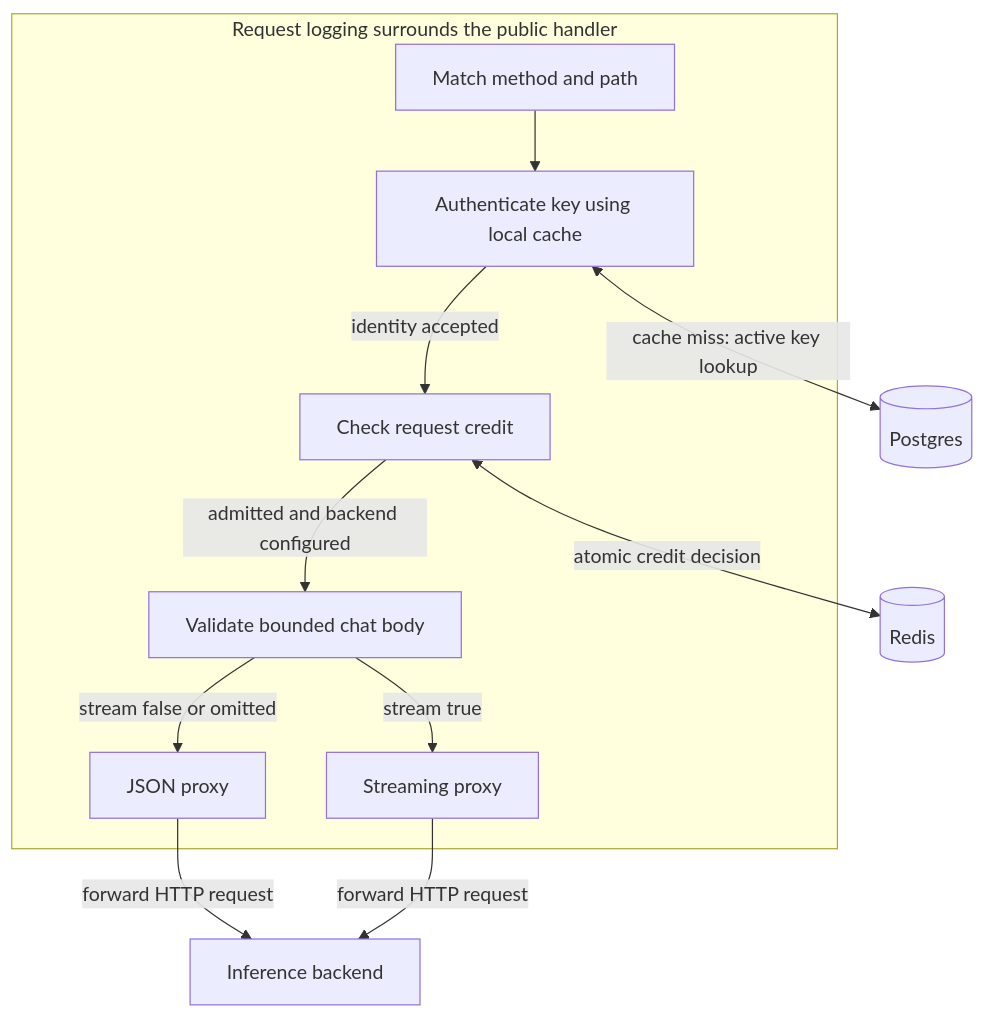
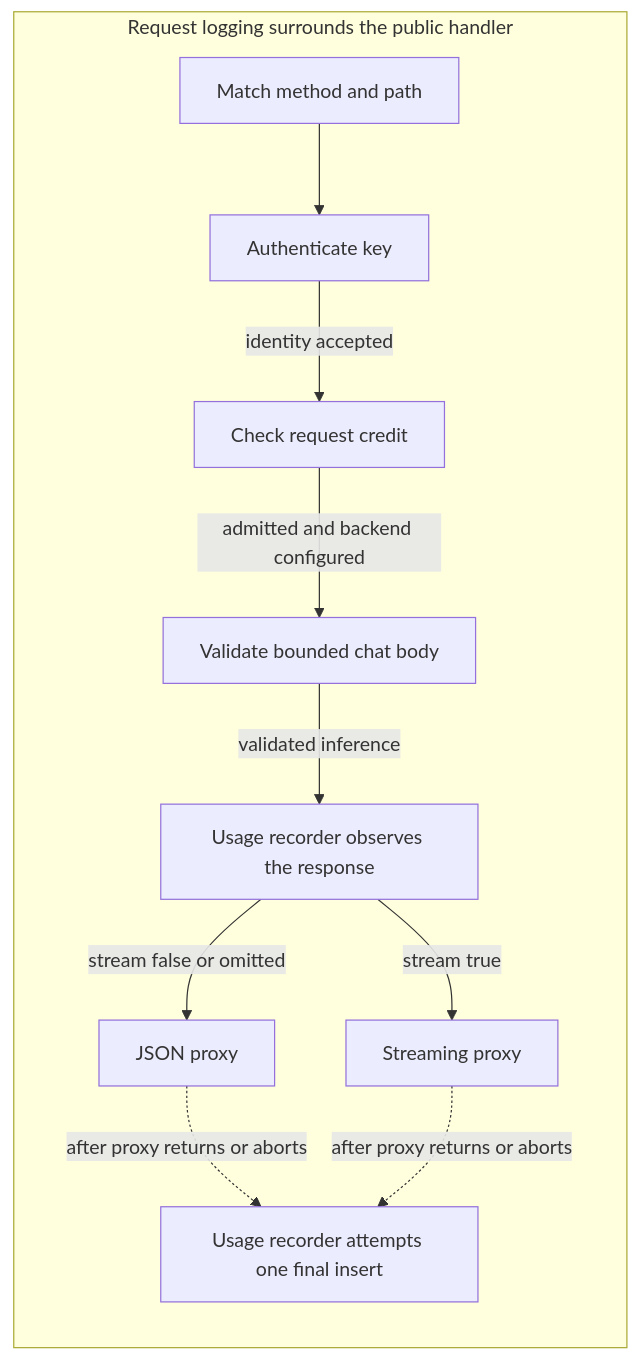
The diagram in docs/architecture.md (TheRealShek/llmgate), drawn with Mermaid before and after one commit. The commit also changed other lines of this file and 36 other files, not shown here.

First line of the commit message:
Record bounded inference usage in Postgres

````diff
--- a/docs/architecture.md
+++ b/docs/architecture.md
@@ -16,14 +17,14 @@
 ```mermaid
 flowchart TD
     subgraph Logged[Request logging surrounds the public handler]
-        Routes[Match method and path] --> Auth[Authenticate key using local cache]
+        direction TD
+        Routes[Match method and path] --> Auth[Authenticate key]
         Auth -->|identity accepted| Rate[Check request credit]
         Rate -->|admitted and backend configured| Chat[Validate bounded chat body]
-        Chat -->|stream false or omitted| JSON[JSON proxy]
-        Chat -->|stream true| SSE[Streaming proxy]
+        Chat -->|validated inference| Usage[Usage recorder observes the response]
+        Usage -->|stream false or omitted| JSON[JSON proxy]
+        Usage -->|stream true| SSE[Streaming proxy]
+        JSON -.->|after proxy returns or aborts| Finalize[Usage recorder attempts one final insert]
+        SSE -.->|after proxy returns or aborts| Finalize
     end
-    Auth <-->|cache miss: active key lookup| PG[(Postgres)]
-    Rate <-->|atomic credit decision| Redis[(Redis)]
-    JSON -->|forward HTTP request| Backend[Inference backend]
-    SSE -->|forward HTTP request| Backend
 ```
````
